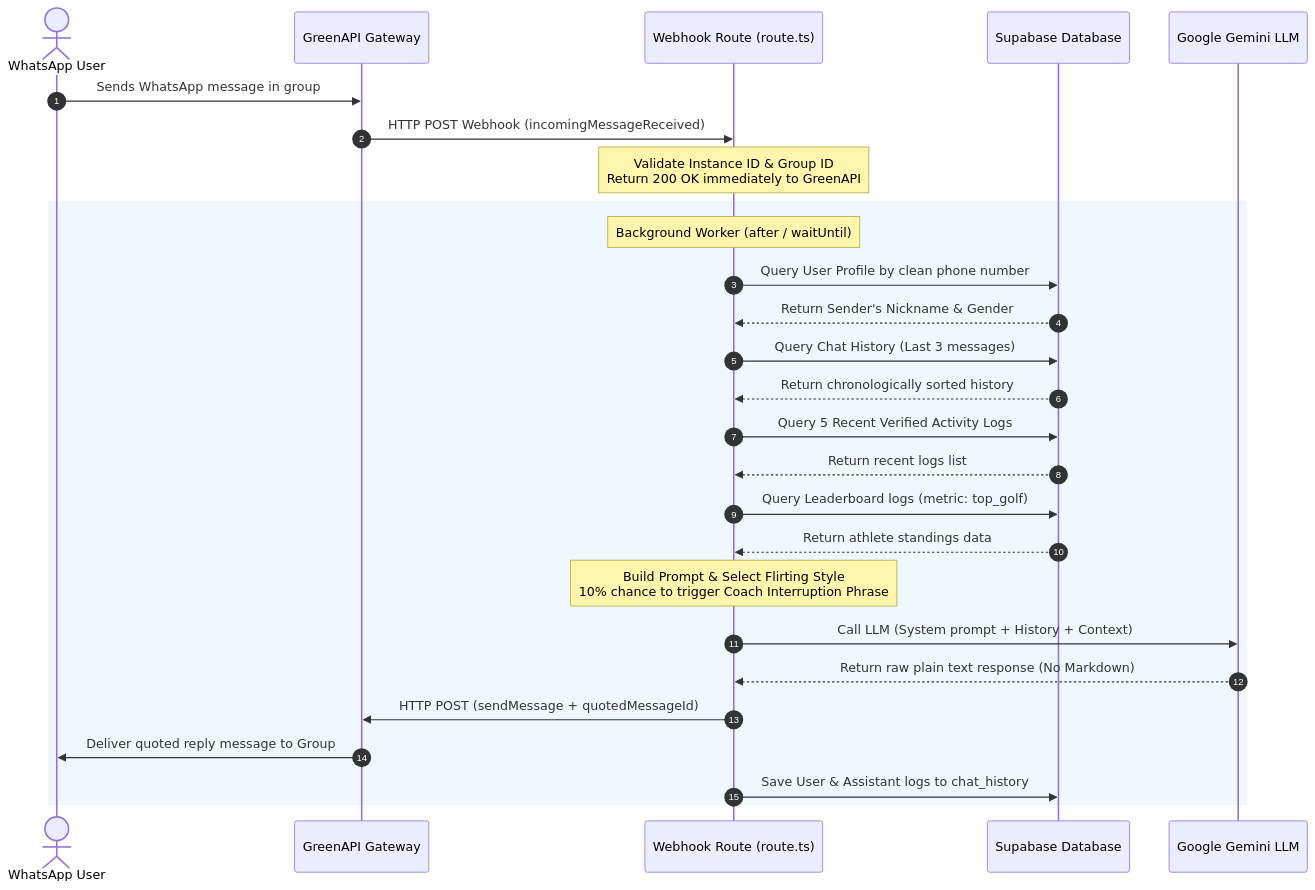
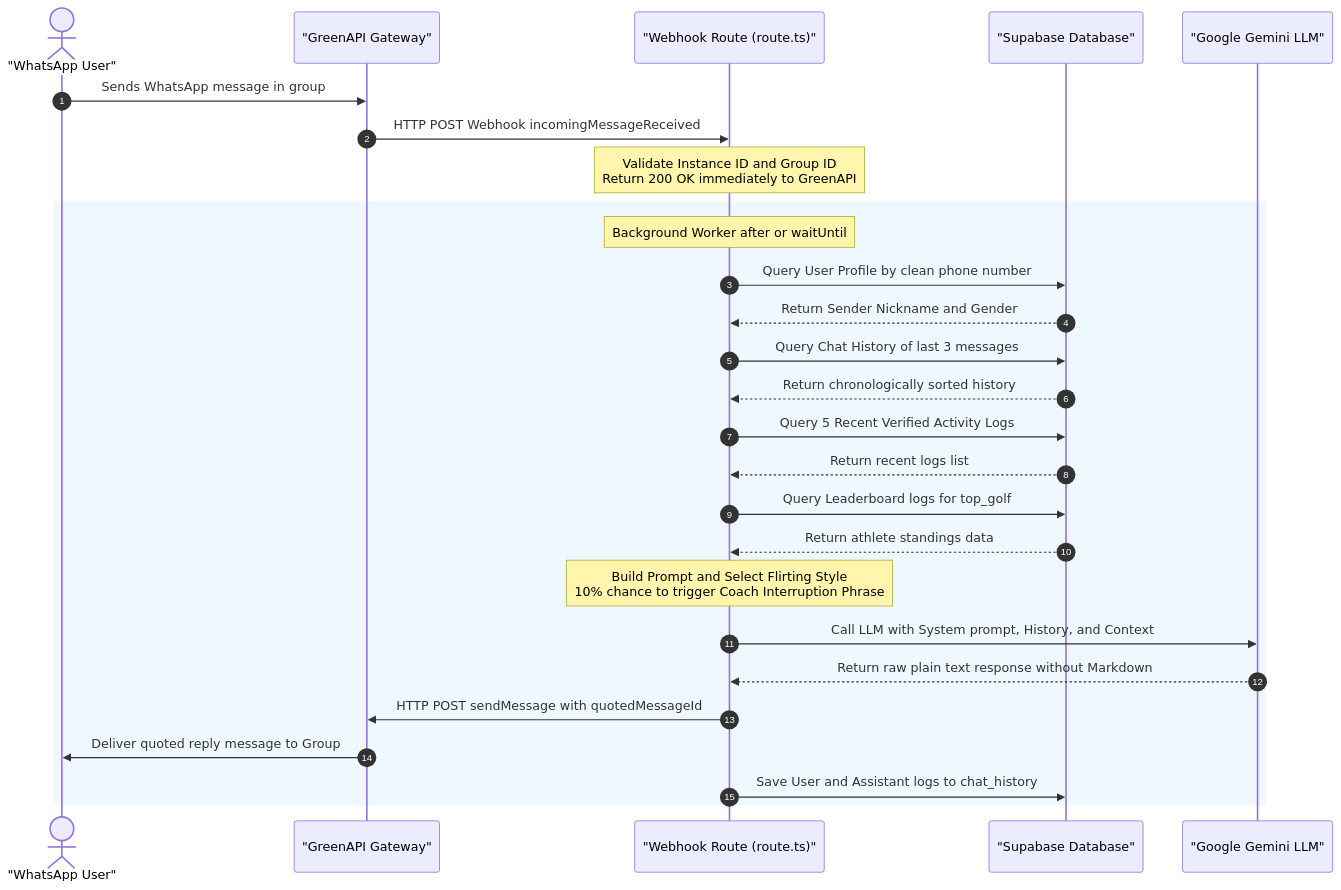
The first of 2 diagrams in docs/AGENTS.md (nithinkotha6/thegrowthclub), drawn with Mermaid before and after one commit. The commit also changed other lines of this file, not shown here.

Commit message:
docs: add architecture and flow documentation for the Fisky banter engine

````diff
--- a/docs/AGENTS.md
+++ b/docs/AGENTS.md
@@ -17,38 +17,38 @@
 ```mermaid
 sequenceDiagram
     autonumber
-    actor User as WhatsApp User
-    participant Green as GreenAPI Gateway
-    participant Webhook as Webhook Route (route.ts)
-    participant DB as Supabase Database
-    participant Gemini as Google Gemini LLM
+    actor User as "WhatsApp User"
+    participant Green as "GreenAPI Gateway"
+    participant Webhook as "Webhook Route (route.ts)"
+    participant DB as "Supabase Database"
+    participant Gemini as "Google Gemini LLM"
     
     User->>Green: Sends WhatsApp message in group
-    Green->>Webhook: HTTP POST Webhook (incomingMessageReceived)
-    Note over Webhook: Validate Instance ID & Group ID<br/>Return 200 OK immediately to GreenAPI
+    Green->>Webhook: HTTP POST Webhook incomingMessageReceived
+    Note over Webhook: Validate Instance ID and Group ID<br/>Return 200 OK immediately to GreenAPI
     
     rect rgb(240, 248, 255)
-        Note over Webhook: Background Worker (after / waitUntil)
+        Note over Webhook: Background Worker after or waitUntil
         Webhook->>DB: Query User Profile by clean phone number
-        DB-->>Webhook: Return Sender's Nickname & Gender
+        DB-->>Webhook: Return Sender Nickname and Gender
         
-        Webhook->>DB: Query Chat History (Last 3 messages)
+        Webhook->>DB: Query Chat History of last 3 messages
         DB-->>Webhook: Return chronologically sorted history
         
         Webhook->>DB: Query 5 Recent Verified Activity Logs
         DB-->>Webhook: Return recent logs list
         
-        Webhook->>DB: Query Leaderboard logs (metric: top_golf)
+        Webhook->>DB: Query Leaderboard logs for top_golf
         DB-->>Webhook: Return athlete standings data
         
-        Note over Webhook: Build Prompt & Select Flirting Style<br/>10% chance to trigger Coach Interruption Phrase
+        Note over Webhook: Build Prompt and Select Flirting Style<br/>10% chance to trigger Coach Interruption Phrase
         
-        Webhook->>Gemini: Call LLM (System prompt + History + Context)
-        Gemini-->>Webhook: Return raw plain text response (No Markdown)
+        Webhook->>Gemini: Call LLM with System prompt, History, and Context
+        Gemini-->>Webhook: Return raw plain text response without Markdown
         
-        Webhook->>Green: HTTP POST (sendMessage + quotedMessageId)
+        Webhook->>Green: HTTP POST sendMessage with quotedMessageId
         Green->>User: Deliver quoted reply message to Group
         
-        Webhook->>DB: Save User & Assistant logs to chat_history
+        Webhook->>DB: Save User and Assistant logs to chat_history
     end
-```
+``` 
````
